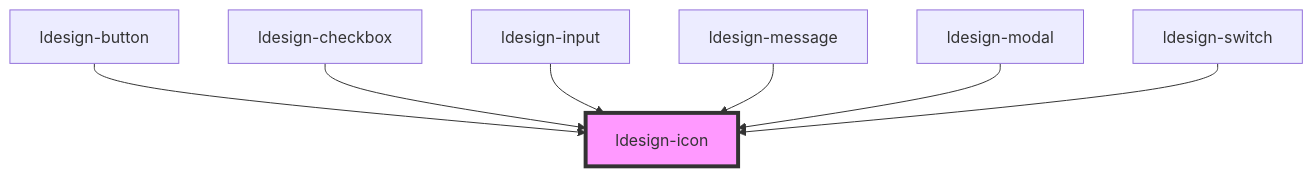
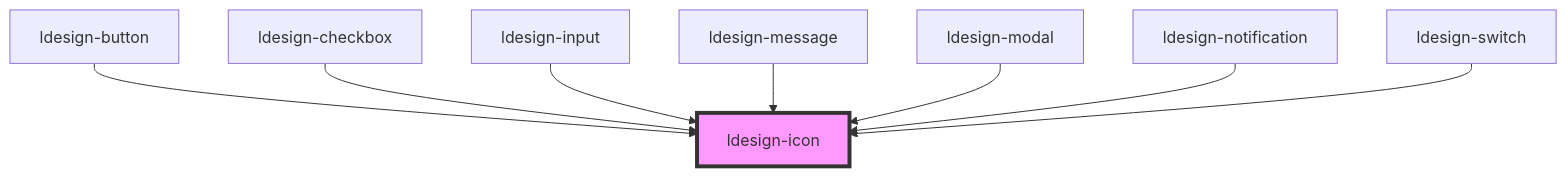
Before and after one commit to poly1603/ldesign: the diagram in packages/webcomponent/src/components/icon/readme.md, drawn with Mermaid. The commit also changed other lines of this file and 8 other files, not shown here.

````diff
--- a/packages/webcomponent/src/components/icon/readme.md
+++ b/packages/webcomponent/src/components/icon/readme.md
@@ -36,10 +37,11 @@
 ```mermaid
 graph TD;
   ldesign-button --> ldesign-icon
   ldesign-checkbox --> ldesign-icon
   ldesign-input --> ldesign-icon
   ldesign-message --> ldesign-icon
   ldesign-modal --> ldesign-icon
+  ldesign-notification --> ldesign-icon
   ldesign-switch --> ldesign-icon
   style ldesign-icon fill:#f9f,stroke:#333,stroke-width:4px
 ```
````
